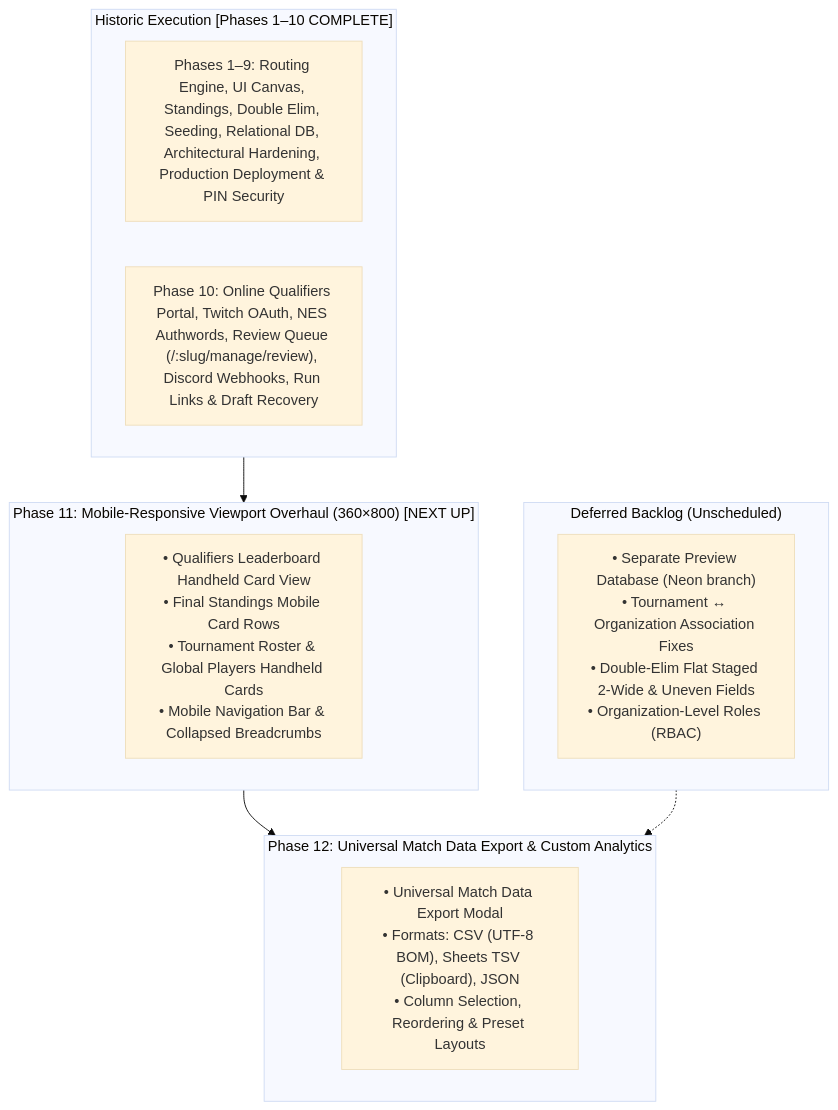
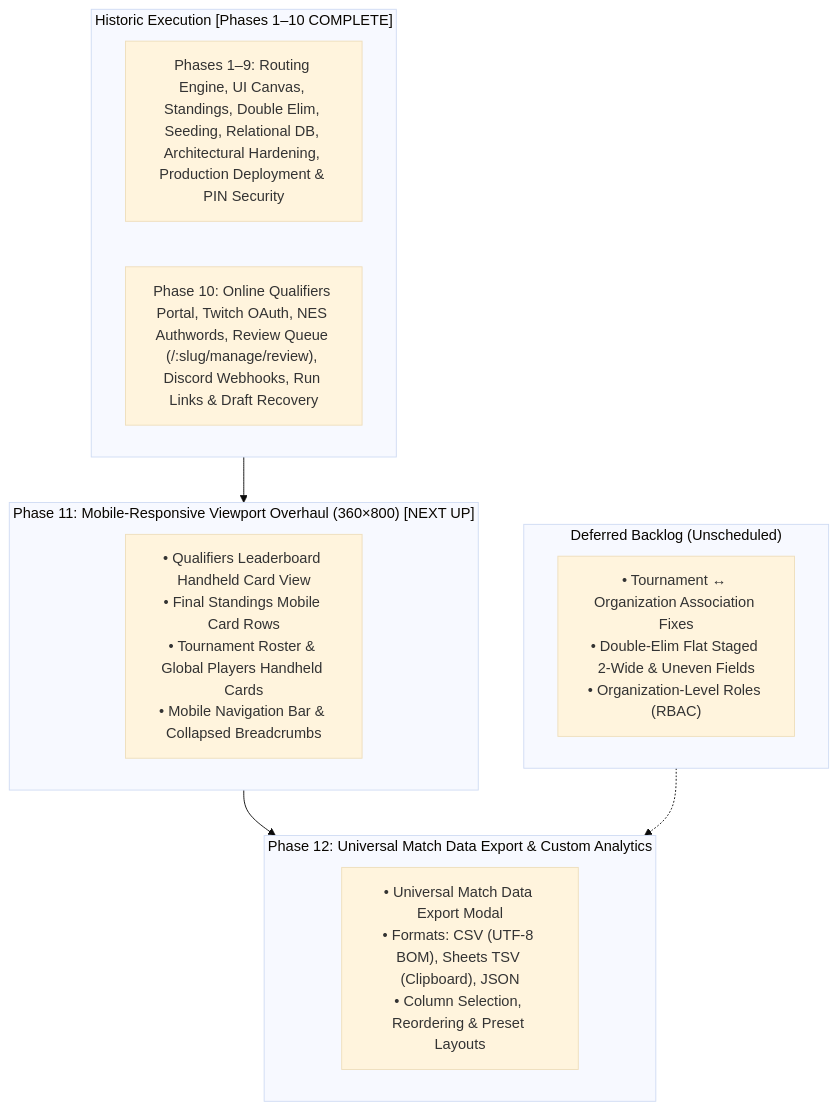
One commit to jgrondski/matchfoundry changed the diagram in docs/implementation_plan.md. Above: the diagram before and after it, drawn with Mermaid (base theme). The commit also changed other lines of this file and 16 other files, not shown here.

Commit message:
add neon branch for feature db; add snapshot testing

````diff
--- a/docs/implementation_plan.md
+++ b/docs/implementation_plan.md
@@ -126,22 +126,22 @@
 ```mermaid
 flowchart TD
     subgraph Historic["Historic Execution [Phases 1–10 COMPLETE]"]
         H1["Phases 1–9: Routing Engine, UI Canvas, Standings, Double Elim, Seeding, Relational DB, Architectural Hardening, Production Deployment & PIN Security"]
         H2["Phase 10: Online Qualifiers Portal, Twitch OAuth, NES Authwords, Review Queue (/:slug/manage/review), Discord Webhooks, Run Links & Draft Recovery"]
     end
 
     subgraph Phase11["Phase 11: Mobile-Responsive Viewport Overhaul (360×800) [NEXT UP]"]
         P11["• Qualifiers Leaderboard Handheld Card View<br>• Final Standings Mobile Card Rows<br>• Tournament Roster & Global Players Handheld Cards<br>• Mobile Navigation Bar & Collapsed Breadcrumbs"]
     end
 
     subgraph Phase12["Phase 12: Universal Match Data Export & Custom Analytics"]
         P12["• Universal Match Data Export Modal<br>• Formats: CSV (UTF-8 BOM), Sheets TSV (Clipboard), JSON<br>• Column Selection, Reordering & Preset Layouts"]
     end
 
     subgraph Backlog["Deferred Backlog (Unscheduled)"]
-        B1["• Separate Preview Database (Neon branch)<br>• Tournament ↔ Organization Association Fixes<br>• Double-Elim Flat Staged 2-Wide & Uneven Fields<br>• Organization-Level Roles (RBAC)"]
+        B1["• Tournament ↔ Organization Association Fixes<br>• Double-Elim Flat Staged 2-Wide & Uneven Fields<br>• Organization-Level Roles (RBAC)"]
     end
 
     Historic --> Phase11 --> Phase12
     Backlog -.-> Phase12
 ```
````
